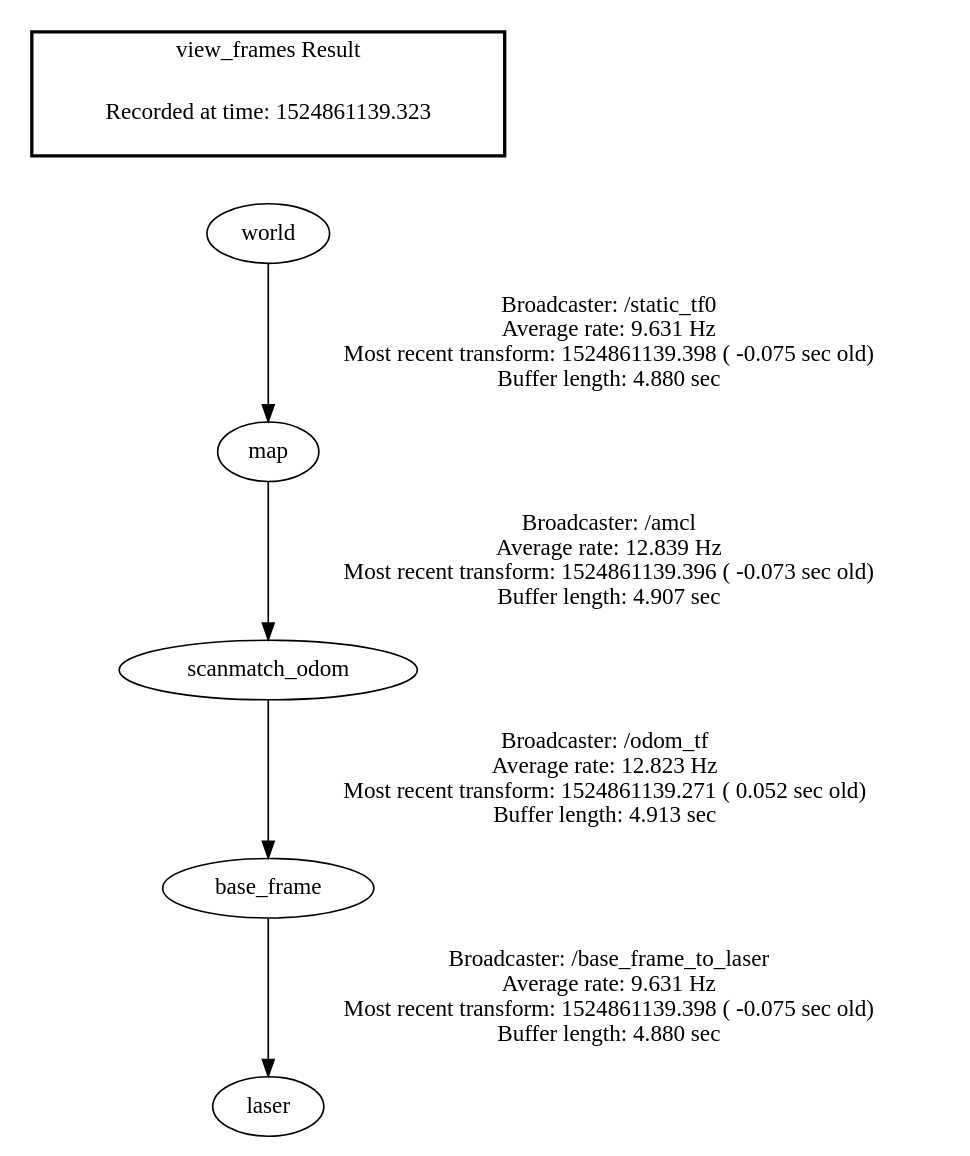
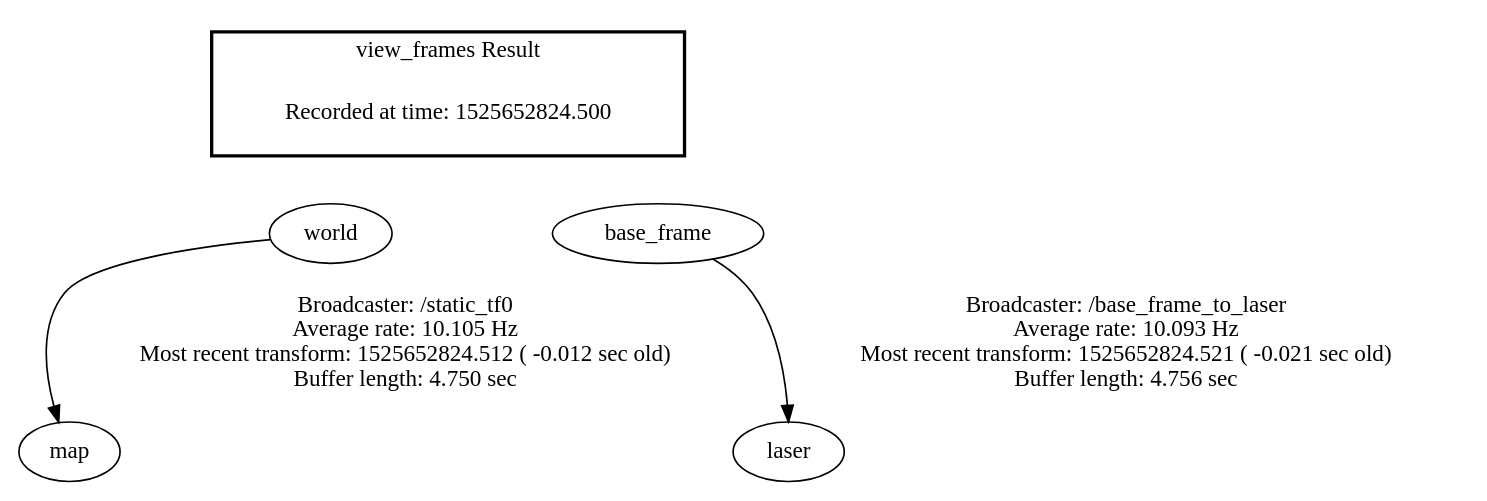
One commit to anlam915/rc_car changed the diagram in src/rc_car/frames.gv. Above: the diagram before and after it, drawn with Graphviz. The commit also changed 25 other files, not shown here.

```diff
--- a/src/rc_car/frames.gv
+++ b/src/rc_car/frames.gv
@@ -1,10 +1,12 @@
 digraph G {
-"scanmatch_odom" -> "base_frame"[label="Broadcaster: /odom_tf\nAverage rate: 12.823 Hz\nMost recent transform: 1524861139.271 ( 0.052 sec old)\nBuffer length: 4.913 sec\n"];
-"map" -> "scanmatch_odom"[label="Broadcaster: /amcl\nAverage rate: 12.839 Hz\nMost recent transform: 1524861139.396 ( -0.073 sec old)\nBuffer length: 4.907 sec\n"];
-"world" -> "map"[label="Broadcaster: /static_tf0\nAverage rate: 9.631 Hz\nMost recent transform: 1524861139.398 ( -0.075 sec old)\nBuffer length: 4.880 sec\n"];
-"base_frame" -> "laser"[label="Broadcaster: /base_frame_to_laser\nAverage rate: 9.631 Hz\nMost recent transform: 1524861139.398 ( -0.075 sec old)\nBuffer length: 4.880 sec\n"];
+"world" -> "map"[label="Broadcaster: /static_tf0\nAverage rate: 10.105 Hz\nMost recent transform: 1525652824.512 ( -0.012 sec old)\nBuffer length: 4.750 sec\n"];
+"base_frame" -> "laser"[label="Broadcaster: /base_frame_to_laser\nAverage rate: 10.093 Hz\nMost recent transform: 1525652824.521 ( -0.021 sec old)\nBuffer length: 4.756 sec\n"];
 edge [style=invis];
  subgraph cluster_legend { style=bold; color=black; label ="view_frames Result";
-"Recorded at time: 1524861139.323"[ shape=plaintext ] ;
+"Recorded at time: 1525652824.500"[ shape=plaintext ] ;
  }->"world";
+edge [style=invis];
+ subgraph cluster_legend { style=bold; color=black; label ="view_frames Result";
+"Recorded at time: 1525652824.500"[ shape=plaintext ] ;
+ }->"base_frame";
 }
```
